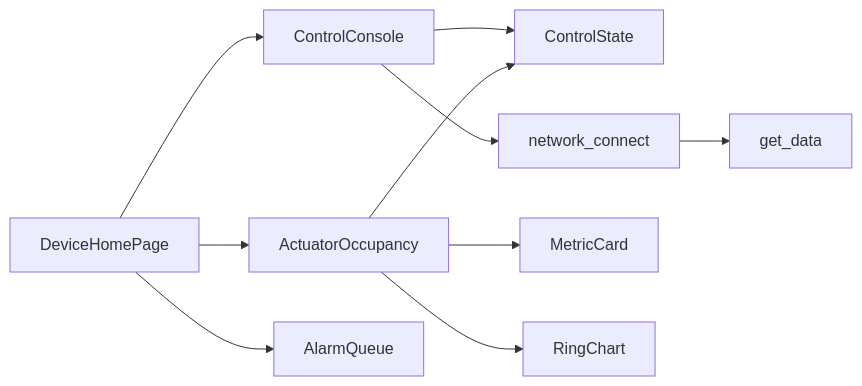
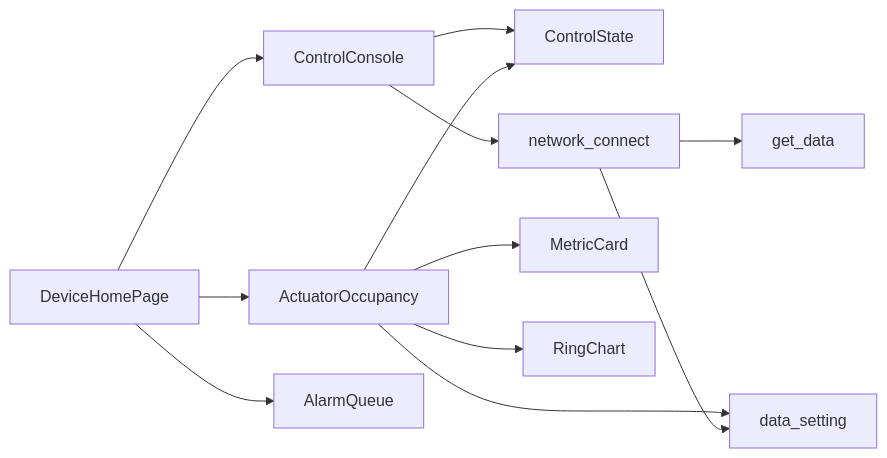
One commit to Neonrey-hub/SmartController changed the ninth of 9 diagrams in .qoder/repowiki/zh/content/设备管理系统/执行器监控.md. Above: the diagram before and after it, drawn with Mermaid. The commit also changed other lines of this file and 16 other files, not shown here.

````diff
--- a/.qoder/repowiki/zh/content/设备管理系统/执行器监控.md
+++ b/.qoder/repowiki/zh/content/设备管理系统/执行器监控.md
@@ -340,12 +367,14 @@
 ```mermaid
 graph LR
 CC["ControlConsole"] --> CS["ControlState"]
 CC --> NC["network_connect"]
 DHP["DeviceHomePage"] --> CC
 DHP --> AO["ActuatorOccupancy"]
 AO --> MC["MetricCard"]
 AO --> RC["RingChart"]
 AO --> CS
+AO --> DS["data_setting"]
 NC --> GD["get_data"]
+NC --> DS
 DHP --> AQ["AlarmQueue"]
 ```
````
